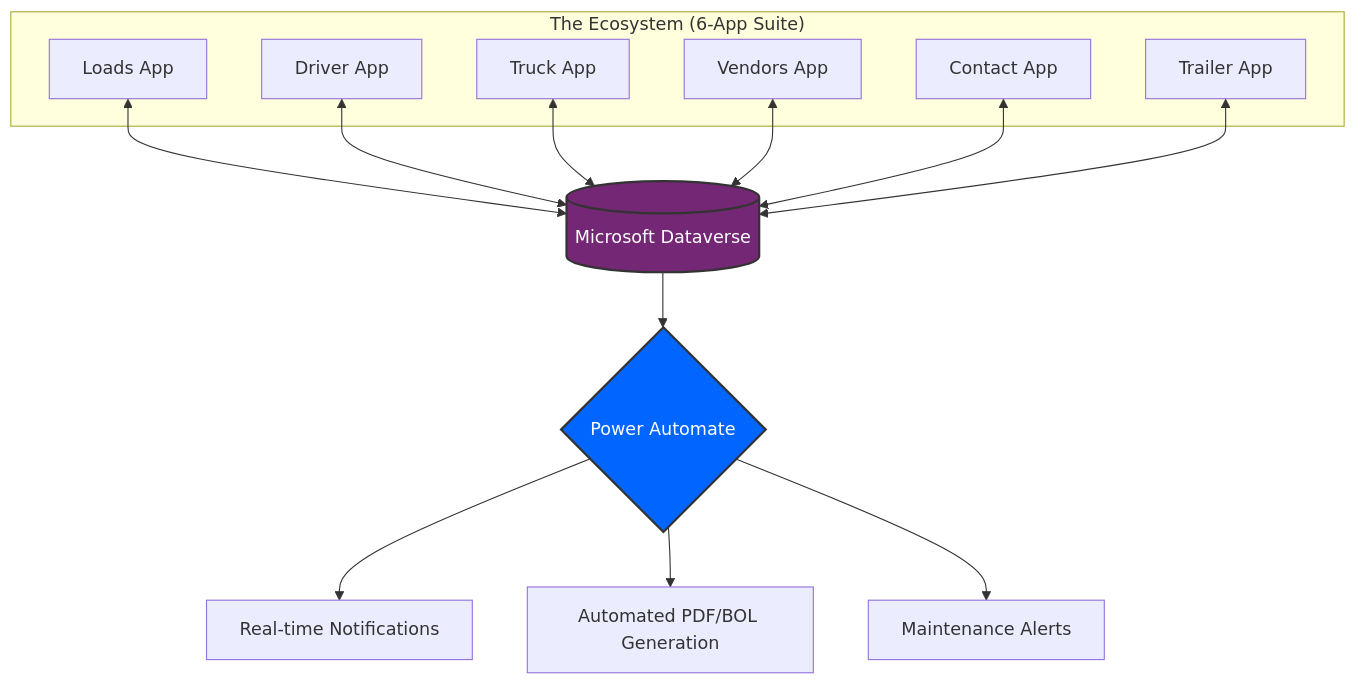
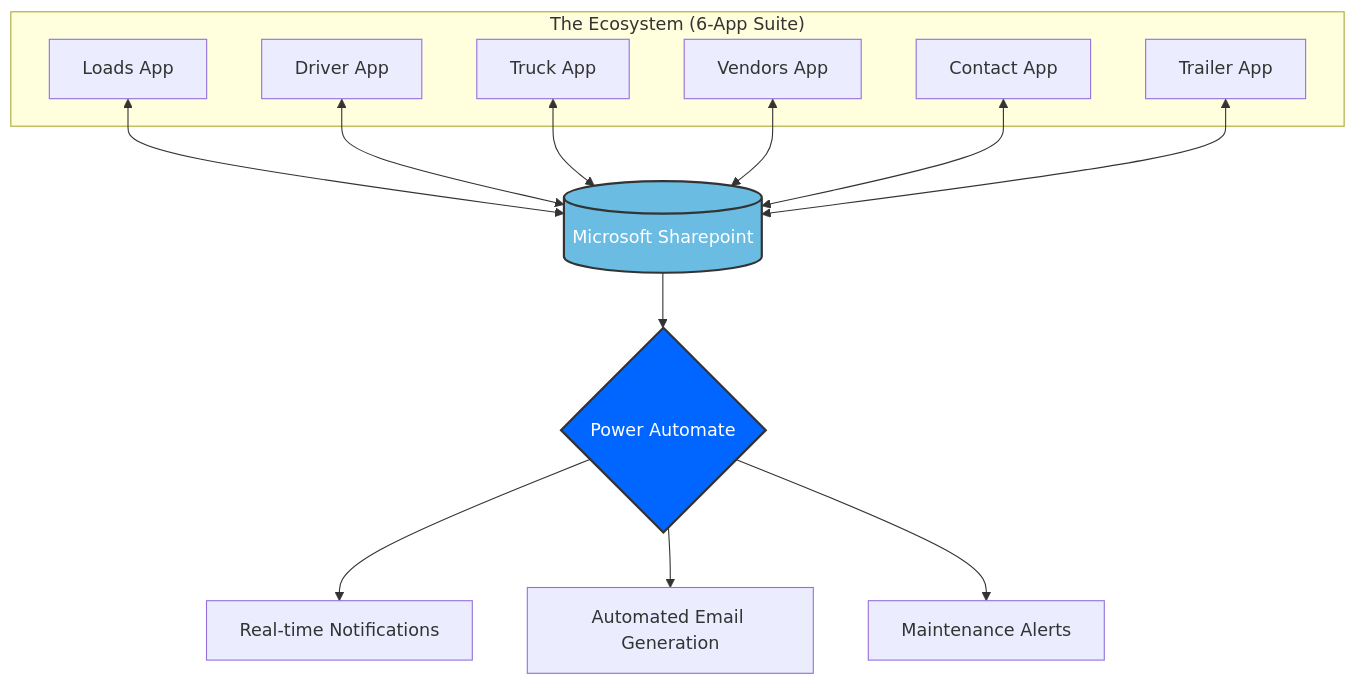
Before and after one commit to lucas-crv/us-logistics-ecosystem: the diagram in README.md, drawn with Mermaid.

Commit message:
Update README with SharePoint and styling changes

````diff
--- a/README.md
+++ b/README.md
@@ -30,33 +30,33 @@
 ```mermaid
 graph TD
     %% Database Central
-    DB[(Microsoft Dataverse)]
+    DB[(Microsoft Sharepoint)]
     
     %% Application Suite
     subgraph "The Ecosystem (6-App Suite)"
         L[Loads App]
         D[Driver App]
         T[Truck App]
         V[Vendors App]
         C[Contact App]
         Tr[Trailer App]
     end
 
     %% Connections
     L <--> DB
     D <--> DB
     T <--> DB
     V <--> DB
     C <--> DB
     Tr <--> DB
 
     %% Logic & Automation
     DB --> PA{Power Automate}
     PA --> N[Real-time Notifications]
-    PA --> PDF[Automated PDF/BOL Generation]
+    PA --> PDF[Automated Email Generation]
     PA --> M[Maintenance Alerts]
 
     %% Styling
-    style DB fill:#742774,stroke:#333,stroke-width:2px,color:#fff
+    style DB fill:#6abce2,stroke:#333,stroke-width:2px,color:#fff
     style PA fill:#0066FF,stroke:#333,stroke-width:2px,color:#fff
 ```
````
